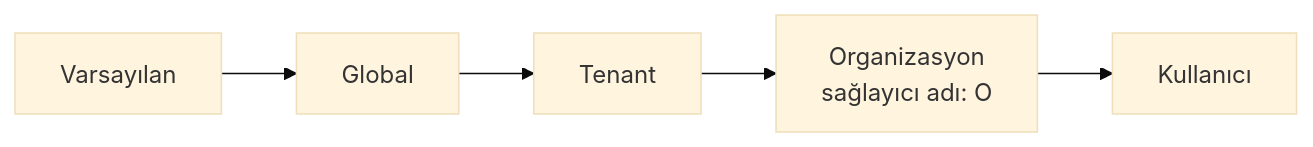
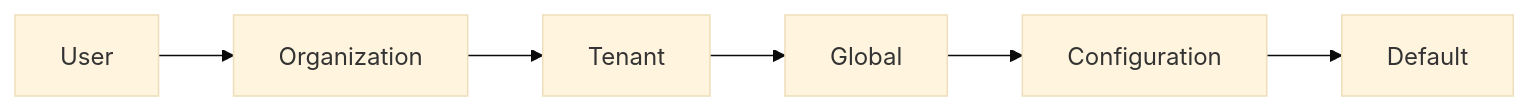
One commit to mertbyd/byd-auth-management-api changed the seventh of 7 diagrams in README.md. Above: the diagram before and after it, drawn with Mermaid (base theme). The commit also changed other lines of this file, not shown here.

````diff
--- a/README.md
+++ b/README.md
@@ -144,4 +188,4 @@
 ```mermaid
 flowchart LR
-    D[Varsayılan] --> G[Global] --> T[Tenant] --> O[Organizasyon<br/>sağlayıcı adı: O] --> U[Kullanıcı]
+    U[User] --> O[Organization] --> T[Tenant] --> G[Global] --> C[Configuration] --> D[Default]
 ```
````
